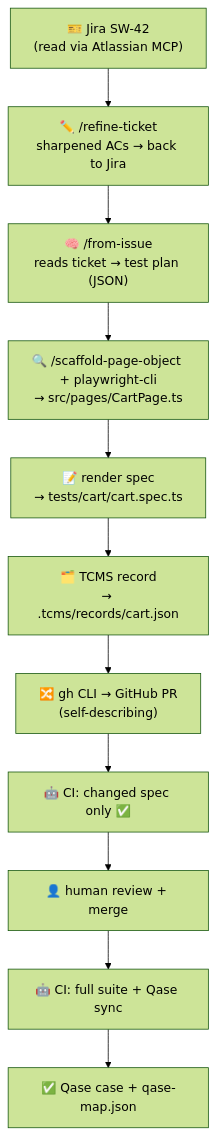
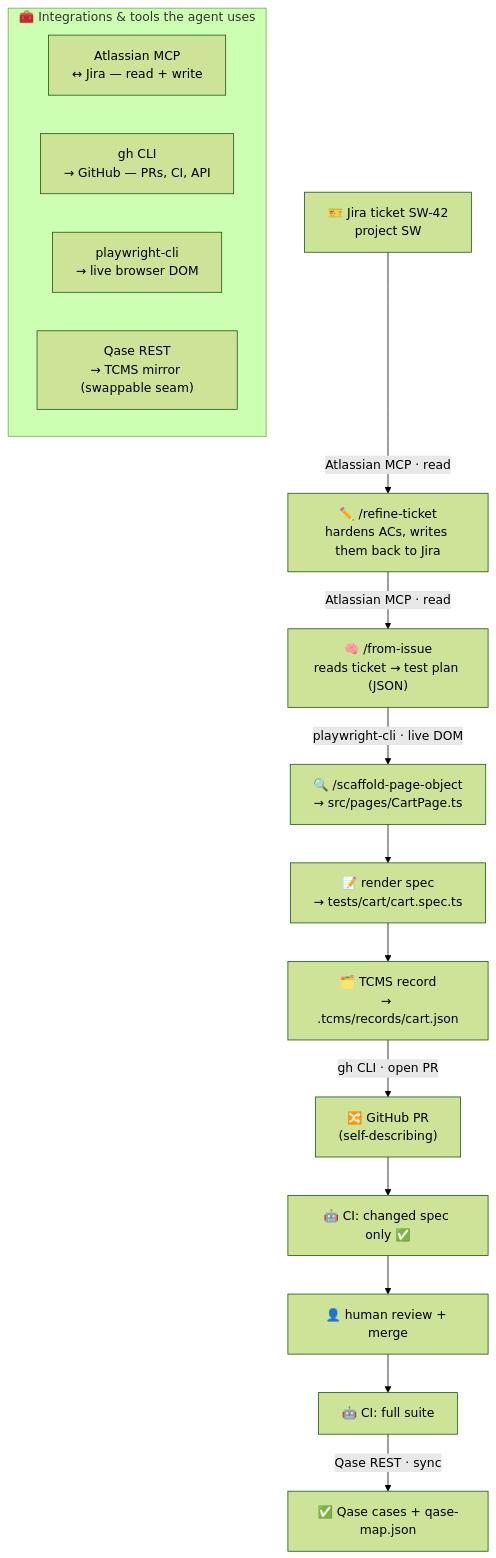
The diagram in docs/walkthrough.md (Diegocortes15/playwright-ia-automation-framework-saucedemo), drawn with Mermaid (forest theme) before and after one commit. The commit also changed other lines of this file, not shown here.

Commit message:
docs(walkthrough): label tools/integrations on the pipeline diagram
Surface the tooling explicitly so it's not overlooked: arrows now name the
integration doing the work (Atlassian MCP read/write, playwright-cli live
DOM, gh CLI for the PR, Qase REST sync), plus a legend box listing all four
integrations and a "why these tools" note tying each to its ADR.

````diff
--- a/docs/walkthrough.md
+++ b/docs/walkthrough.md
@@ -13,13 +15,22 @@
 ```mermaid
 flowchart TD
-    T["🎫 Jira SW-42<br/>(read via Atlassian MCP)"] --> RT["✏️ /refine-ticket<br/>sharpened ACs → back to Jira"]
-    RT --> FI["🧠 /from-issue<br/>reads ticket → test plan (JSON)"]
-    FI --> SPO["🔍 /scaffold-page-object + playwright-cli<br/>→ src/pages/CartPage.ts"]
+    T["🎫 Jira ticket SW-42<br/>project SW"]
+    T -->|"Atlassian MCP · read"| RT["✏️ /refine-ticket<br/>hardens ACs, writes them back to Jira"]
+    RT -->|"Atlassian MCP · read"| FI["🧠 /from-issue<br/>reads ticket → test plan (JSON)"]
+    FI -->|"playwright-cli · live DOM"| SPO["🔍 /scaffold-page-object<br/>→ src/pages/CartPage.ts"]
     SPO --> R["📝 render spec<br/>→ tests/cart/cart.spec.ts"]
     R --> REC["🗂️ TCMS record<br/>→ .tcms/records/cart.json"]
-    REC --> PR["🔀 gh CLI → GitHub PR<br/>(self-describing)"]
+    REC -->|"gh CLI · open PR"| PR["🔀 GitHub PR<br/>(self-describing)"]
     PR --> CI1["🤖 CI: changed spec only ✅"]
     CI1 --> H["👤 human review + merge"]
-    H --> CI2["🤖 CI: full suite + Qase sync"]
-    CI2 --> Q["✅ Qase case + qase-map.json"]
+    H --> CI2["🤖 CI: full suite"]
+    CI2 -->|"Qase REST · sync"| Q["✅ Qase cases + qase-map.json"]
+
+    subgraph TOOLS["🧰 Integrations &amp; tools the agent uses"]
+        direction LR
+        TA["Atlassian MCP<br/>↔ Jira — read + write"]
+        TG["gh CLI<br/>→ GitHub — PRs, CI, API"]
+        TP["playwright-cli<br/>→ live browser DOM"]
+        TQ["Qase REST<br/>→ TCMS mirror (swappable seam)"]
+    end
 ```
````
